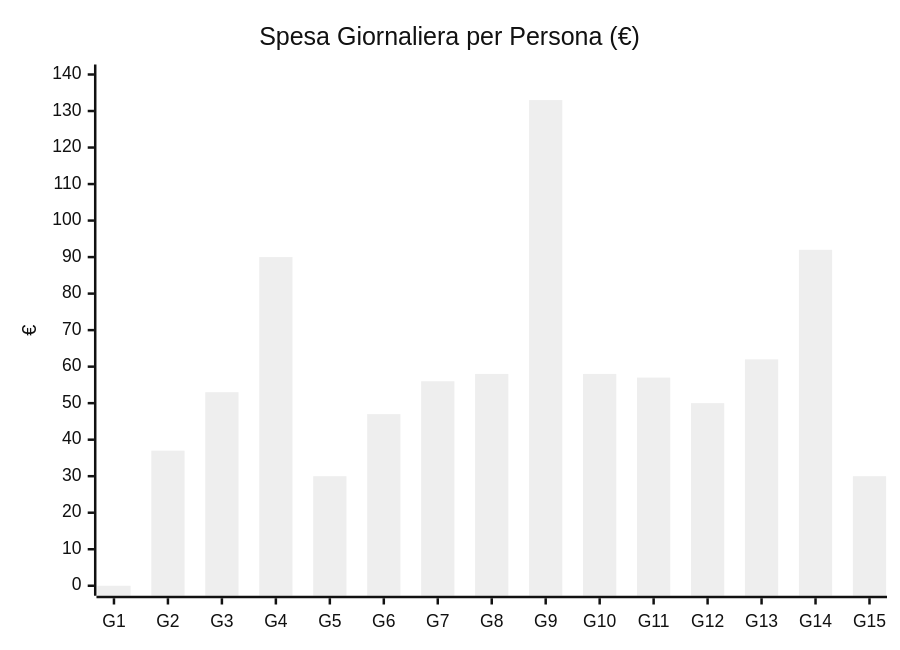
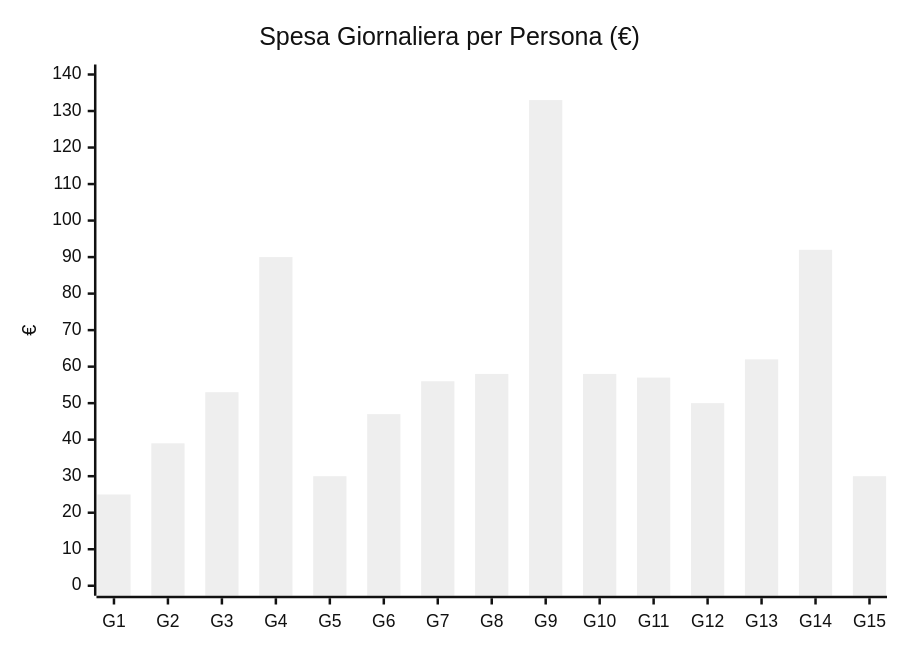
The third of 3 diagrams in Itinerari/Japan/2026/Itinerario-Giappone-24ott-7nov2026.md (LorenzoPolito/Travel-Vault), drawn with Mermaid before and after one commit. The commit also changed other lines of this file and 5 other files, not shown here.

````diff
--- a/Itinerari/Japan/2026/Itinerario-Giappone-24ott-7nov2026.md
+++ b/Itinerari/Japan/2026/Itinerario-Giappone-24ott-7nov2026.md
@@ -91,11 +96,11 @@
 ```mermaid
 ---
 config:
   theme: neutral
 ---
 xychart-beta
     title "Spesa Giornaliera per Persona (€)"
     x-axis ["G1","G2","G3","G4","G5","G6","G7","G8","G9","G10","G11","G12","G13","G14","G15"]
     y-axis "€" 0 --> 140
-    bar [0,37,53,90,30,47,56,58,133,58,57,50,62,92,30]
+    bar [25,39,53,90,30,47,56,58,133,58,57,50,62,92,30]
 ```
````
